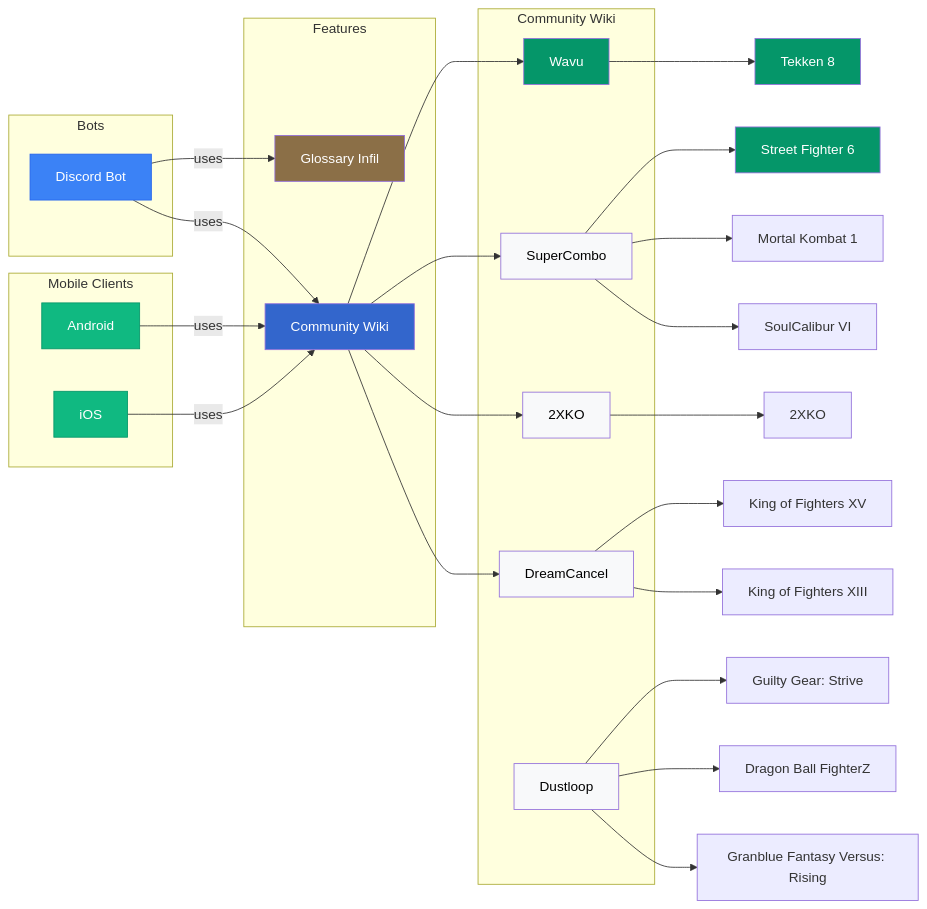
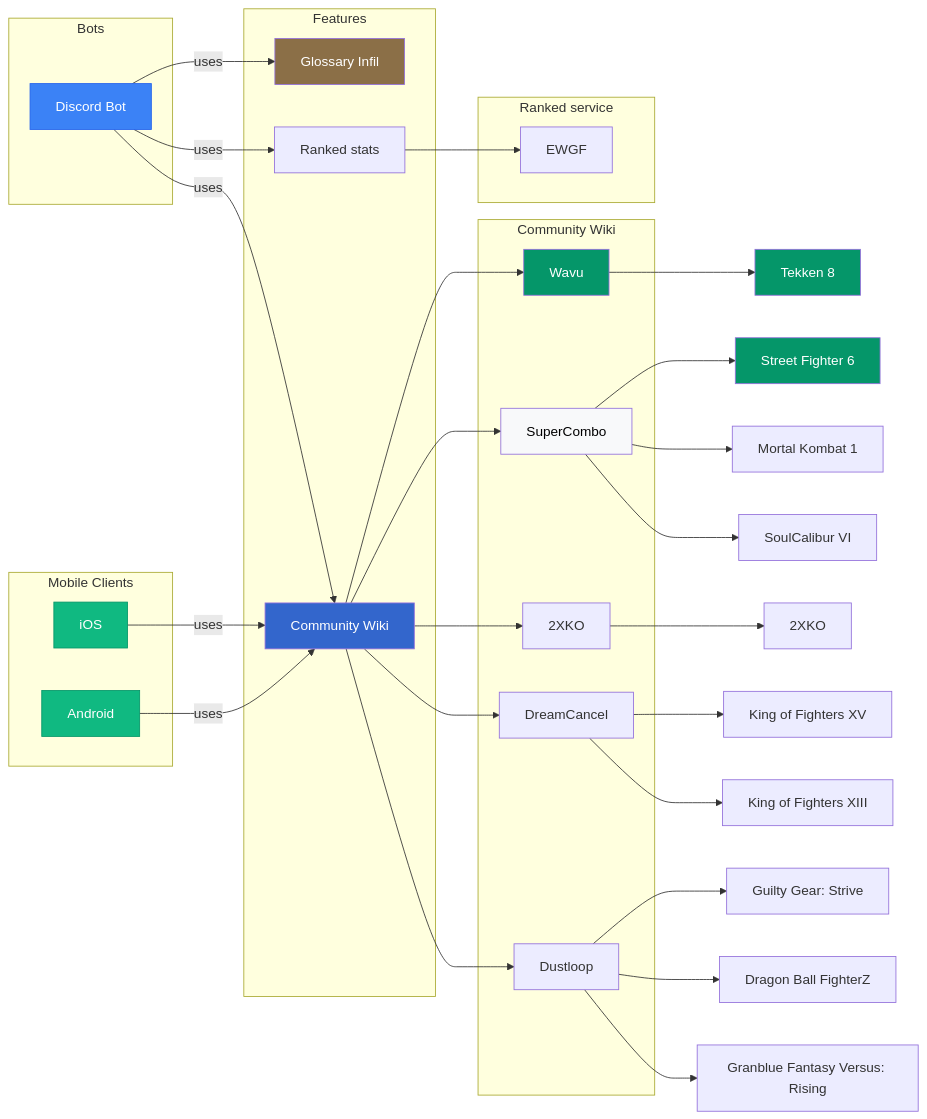
The diagram in mermaid/modules.mmd (Sophon/FightingNerd), drawn with Mermaid before and after one commit. The commit also changed 1 other file, not shown here.

```diff
--- a/mermaid/modules.mmd
+++ b/mermaid/modules.mmd
@@ -1,58 +1,64 @@
 graph LR
     subgraph Bots
         discordBot[Discord Bot]
     end
 
     subgraph "Mobile Clients"
         android[Android]
         iOS[iOS]
     end
 
     subgraph Features
         glossaryInfil[Glossary Infil]
         communityWiki[Community Wiki]
+        elo[Ranked stats]
     end
 
     subgraph Community Wiki
         wikiWavu[Wavu]
         supercombo[SuperCombo]
         2xko[2XKO]
         dustloop[Dustloop]
         dreamcancel[DreamCancel]
     end
 
-    discordBot -->|uses| glossaryInfil
-    discordBot -->|uses| communityWiki
+    subgraph Ranked service
+        ewgf[EWGF]
+    end
 
     android -->|uses| communityWiki
     iOS -->|uses| communityWiki
+
+    discordBot -->|uses| glossaryInfil
+    discordBot -->|uses| communityWiki
+    discordBot -->|uses| elo
 
     communityWiki --> wikiWavu
     communityWiki --> supercombo
     communityWiki --> 2xko
     communityWiki --> dreamcancel
+    communityWiki --> dustloop
+
+    elo --> ewgf
 
     wikiWavu --> t8[Tekken 8]
     supercombo --> sf6[Street Fighter 6]
     supercombo --> mk1[Mortal Kombat 1]
     supercombo --> sc6[SoulCalibur VI]
     dustloop --> ggst[Guilty Gear: Strive]
     dustloop --> dbfz[Dragon Ball FighterZ]
     dustloop --> gbvsr[Granblue Fantasy Versus: Rising]
     2xko --> xko[2XKO]
     dreamcancel --> kof15[King of Fighters XV]
     dreamcancel --> kof13[King of Fighters XIII]
 
 
     style discordBot fill:#3B82F6,stroke:#2563EB,color:#fff
     style android fill:#10B981,stroke:#059669,color:#fff
     style iOS fill:#10B981,stroke:#059669,color:#fff
     style glossaryInfil fill:#8B6F47,color:#fff
     style communityWiki fill:#3366CC,color:#fff
     style wikiWavu fill:#059669,color:#fff
     style supercombo fill:#F8F9FA,color:#000000
-    style 2xko fill:#F8F9FA,color:#000000
-    style dustloop fill:#F8F9FA,color:#000000
-    style dreamcancel fill:#F8F9FA,color:#000000
     style t8 fill:#059669, color:#fff
     style sf6 fill:#059669, color:#fff
```
